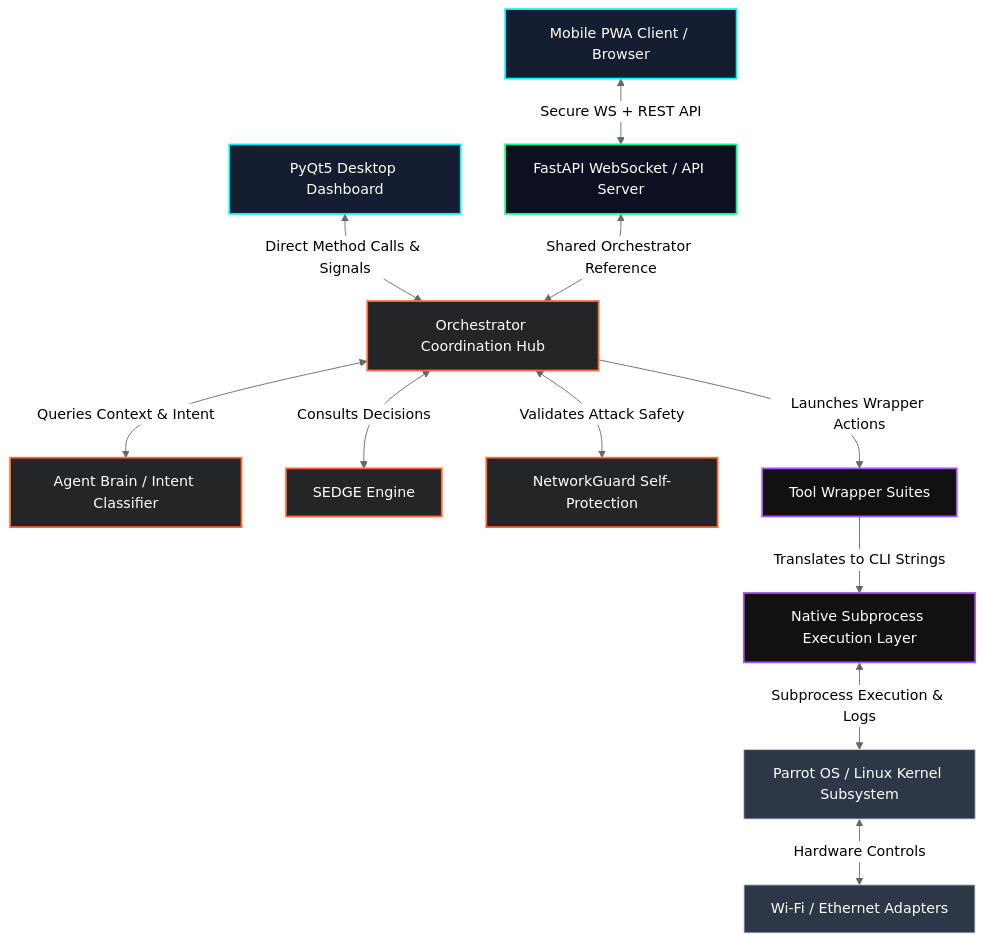
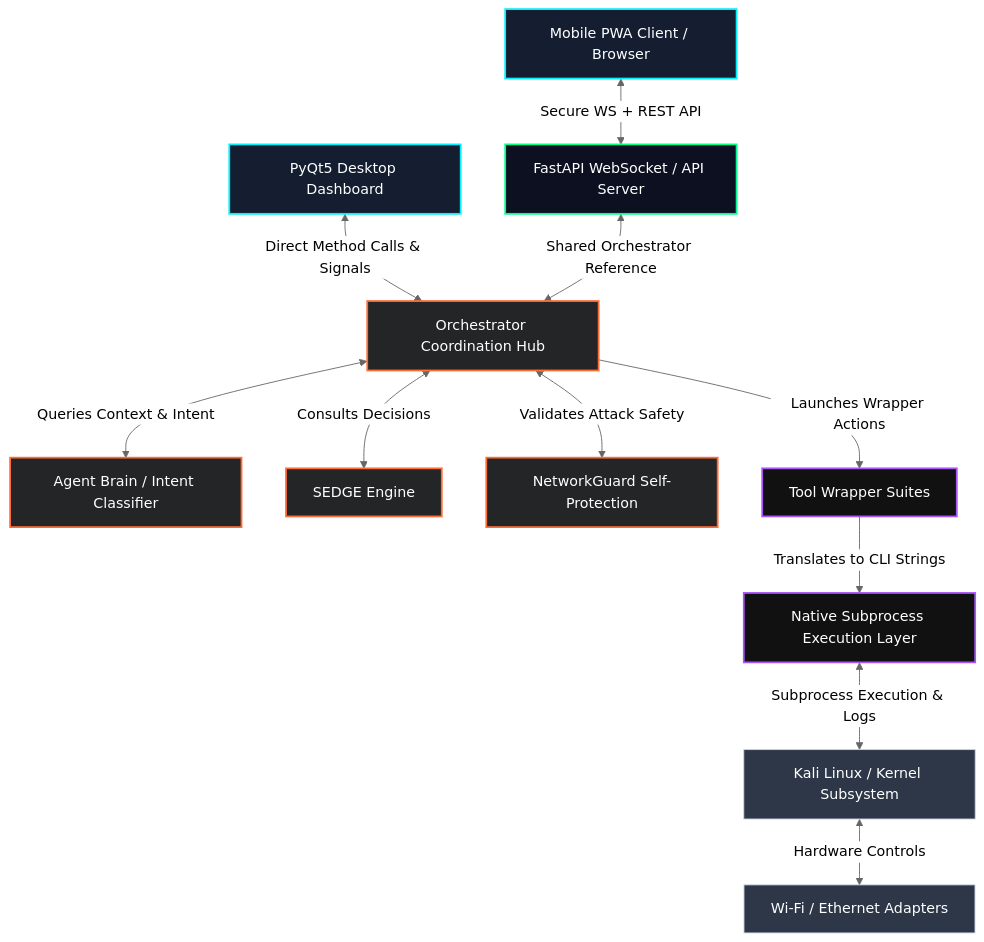
Before and after one commit to Intrusive-Thots/james-linux: the diagram in docs/architecture.md, drawn with Mermaid (neutral theme). The commit also changed other lines of this file and 3 other files, not shown here.

Commit message:
docs: treat Kali as primary OS (Parrot still compatible)

````diff
--- a/docs/architecture.md
+++ b/docs/architecture.md
@@ -11,40 +11,40 @@
 ```mermaid
 graph TD
     %% Styling
     classDef frontend fill:#141e30,stroke:#00f0ff,stroke-width:2px,color:#fff;
     classDef server fill:#0c1020,stroke:#00ff88,stroke-width:2px,color:#fff;
     classDef core fill:#232526,stroke:#ff6b35,stroke-width:2px,color:#fff;
     classDef layers fill:#111,stroke:#a855f7,stroke-width:2px,color:#fff;
     classDef external fill:#2d3748,stroke:#cbd5e0,stroke-width:1px,color:#fff;
 
     %% Nodes
     A[PyQt5 Desktop Dashboard]:::frontend
     B[Mobile PWA Client / Browser]:::frontend
     
     C[FastAPI WebSocket / API Server]:::server
     
     D[Agent Brain / Intent Classifier]:::core
     E[Orchestrator Coordination Hub]:::core
     F[SEDGE Engine]:::core
     G[NetworkGuard Self-Protection]:::core
     
     H[Native Subprocess Execution Layer]:::layers
     I[Tool Wrapper Suites]:::layers
     
-    J[Parrot OS / Linux Kernel Subsystem]:::external
+    J[Kali Linux / Kernel Subsystem]:::external
     K[Wi-Fi / Ethernet Adapters]:::external
 
     %% Relations
     A <-->|Direct Method Calls & Signals| E
     B <-->|Secure WS + REST API| C
     C <-->|Shared Orchestrator Reference| E
     
     E <-->|Queries Context & Intent| D
     E <-->|Consults Decisions| F
     E <-->|Validates Attack Safety| G
     
     E -->|Launches Wrapper Actions| I
     I -->|Translates to CLI Strings| H
     H <-->|Subprocess Execution & Logs| J
     J <-->|Hardware Controls| K
 ```
````
